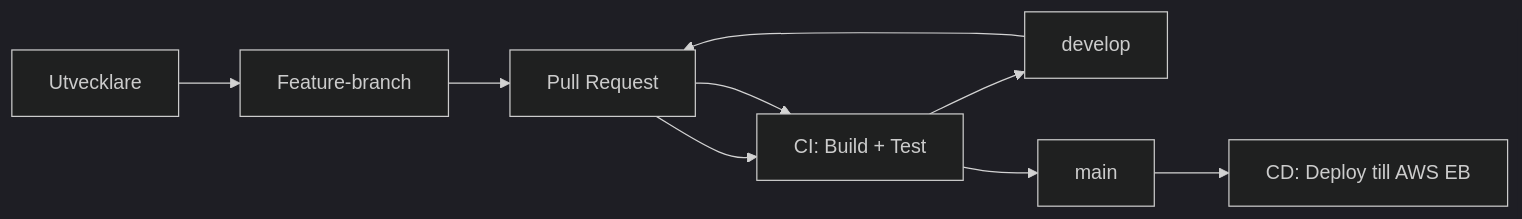
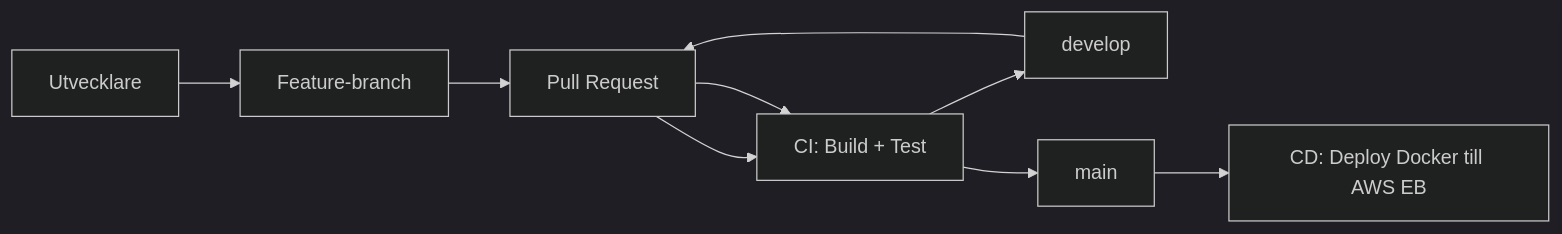
Before and after one commit to kerols04/c-: the diagram in docs/ci-cd-process.md, drawn with Mermaid (dark theme). The commit also changed other lines of this file and 21 other files, not shown here.

````diff
--- a/docs/ci-cd-process.md
+++ b/docs/ci-cd-process.md
@@ -5,13 +5,13 @@
 ```mermaid
 flowchart LR
   dev[Utvecklare]
   feat[Feature-branch]
   pr[Pull Request]
   ci[CI: Build + Test]
   devBranch[develop]
   mainBranch[main]
-  cd[CD: Deploy till AWS EB]
+  cd[CD: Deploy Docker till AWS EB]
 
   dev --> feat --> pr --> ci --> devBranch
   devBranch --> pr --> ci --> mainBranch --> cd
 ```
````
